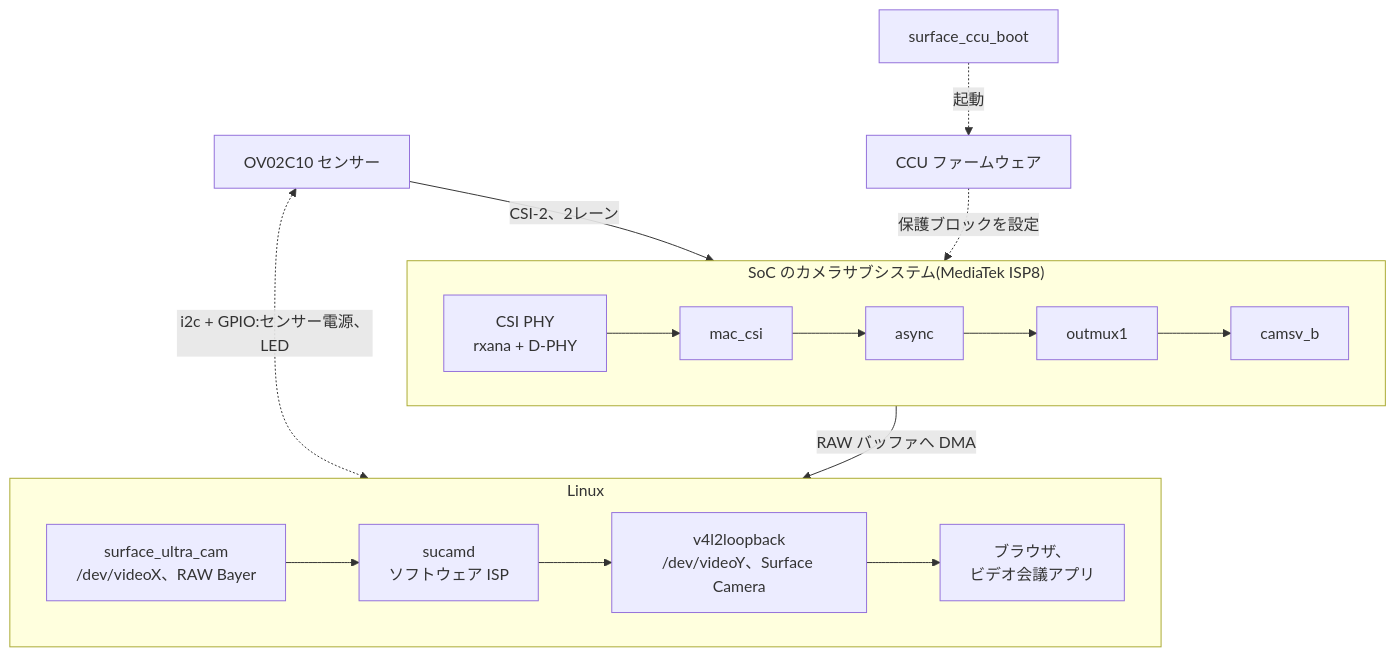
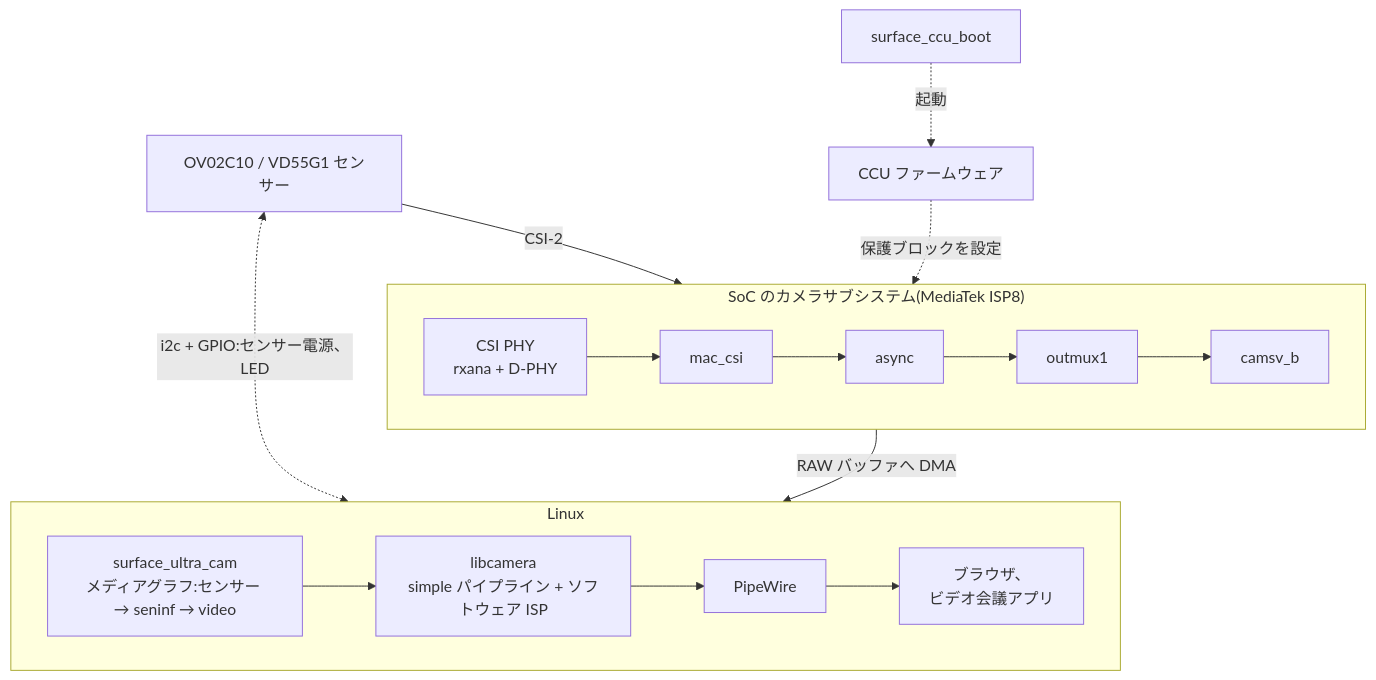
Before and after one commit to ikegam/surface-ultra-camera: the diagram in README_jp.md, drawn with Mermaid. The commit also changed other lines of this file and 10 other files, not shown here.

First line of the commit message:
docs: the libcamera / PipeWire setup of 0.2

````diff
--- a/README_jp.md
+++ b/README_jp.md
@@ -31,17 +32,17 @@
 ```mermaid
 flowchart TB
-  sensor["OV02C10 センサー"]
+  sensor["OV02C10 / VD55G1 センサー"]
   subgraph hw["SoC のカメラサブシステム(MediaTek ISP8)"]
     direction LR
     phy["CSI PHY<br/>rxana + D-PHY"] --> mac["mac_csi"] --> async["async"] --> omux["outmux1"] --> camsv["camsv_b"]
   end
   subgraph linux["Linux"]
     direction LR
-    raw["surface_ultra_cam<br/>/dev/videoX、RAW Bayer"] --> sucamd["sucamd<br/>ソフトウェア ISP"] --> loop["v4l2loopback<br/>/dev/videoY、Surface Camera"] --> apps["ブラウザ、<br/>ビデオ会議アプリ"]
+    drv["surface_ultra_cam<br/>メディアグラフ:センサー → seninf → video"] --> lc["libcamera<br/>simple パイプライン + ソフトウェア ISP"] --> pw["PipeWire"] --> apps["ブラウザ、<br/>ビデオ会議アプリ"]
   end
   boot["surface_ccu_boot"] -. "起動" .-> ccu["CCU ファームウェア"]
-  sensor -- "CSI-2、2レーン" --> hw
+  sensor -- "CSI-2" --> hw
   ccu -. "保護ブロックを設定" .-> hw
   hw -- "RAW バッファへ DMA" --> linux
   sensor <-. "i2c + GPIO:センサー電源、LED" .-> linux
 ```
````
